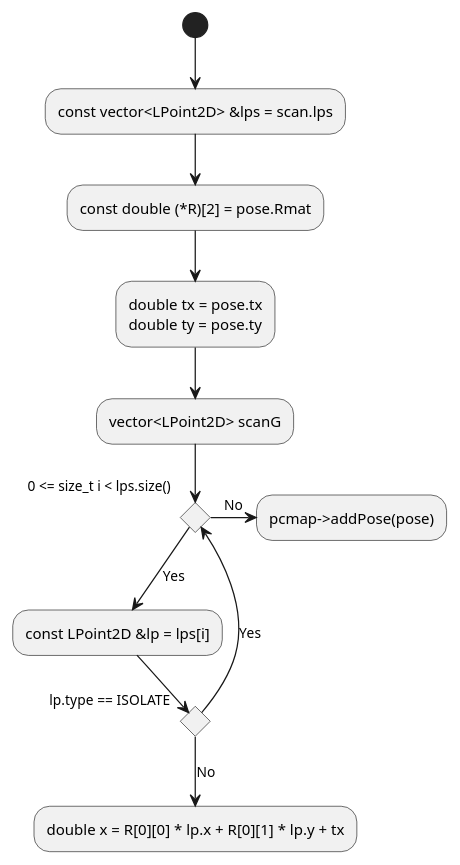
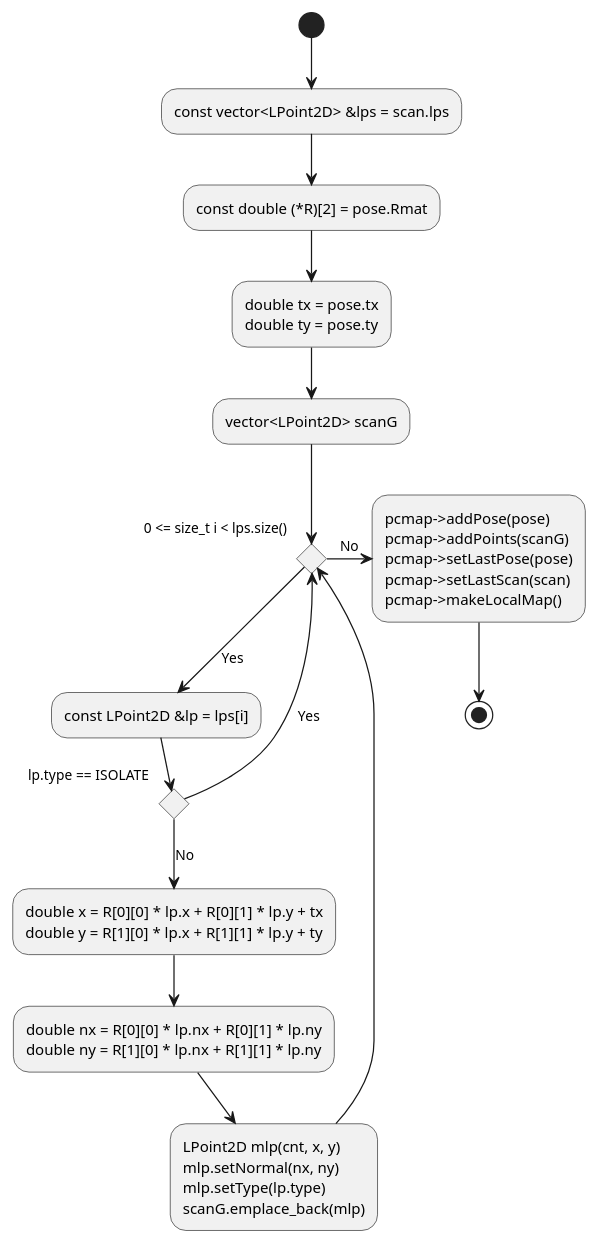
Before and after one commit to ShisatoYano/SLAMDesignUML: the diagram in PlantUML/ScanMatcher2D/ScanMatcher2D_Activity_growMap.puml, drawn with PlantUML.

Commit message:
completed ScanMatcher2D class.

```diff
--- a/PlantUML/ScanMatcher2D/ScanMatcher2D_Activity_growMap.puml
+++ b/PlantUML/ScanMatcher2D/ScanMatcher2D_Activity_growMap.puml
@@ -1,22 +1,35 @@
 @startuml
 
 /'
     input1: const Scan2D &scan
     input2: const Pose2D &pose
 '/
 
 (*) --> "const vector<LPoint2D> &lps = scan.lps"
 --> "const double (*R)[2] = pose.Rmat"
 --> "double tx = pose.tx
 double ty = pose.ty"
 --> "vector<LPoint2D> scanG"
 --> if "0 <= size_t i < lps.size()" as for_i then
 --> [Yes] "const LPoint2D &lp = lps[i]"
 --> if "lp.type == ISOLATE" then
 --> [Yes] for_i
 else
---> [No] "double x = R[0][0] * lp.x + R[0][1] * lp.y + tx"
+--> [No] "double x = R[0][0] * lp.x + R[0][1] * lp.y + tx
+double y = R[1][0] * lp.x + R[1][1] * lp.y + ty"
+--> "double nx = R[0][0] * lp.nx + R[0][1] * lp.ny
+double ny = R[1][0] * lp.nx + R[1][1] * lp.ny"
+--> "LPoint2D mlp(cnt, x, y)
+mlp.setNormal(nx, ny)
+mlp.setType(lp.type)
+scanG.emplace_back(mlp)"
+--> for_i
 else
-for_i -> [No] "pcmap->addPose(pose)"
+for_i -> [No] "pcmap->addPose(pose)
+pcmap->addPoints(scanG)
+pcmap->setLastPose(pose)
+pcmap->setLastScan(scan)
+pcmap->makeLocalMap()"
+--> (*)
 
 @enduml
```
